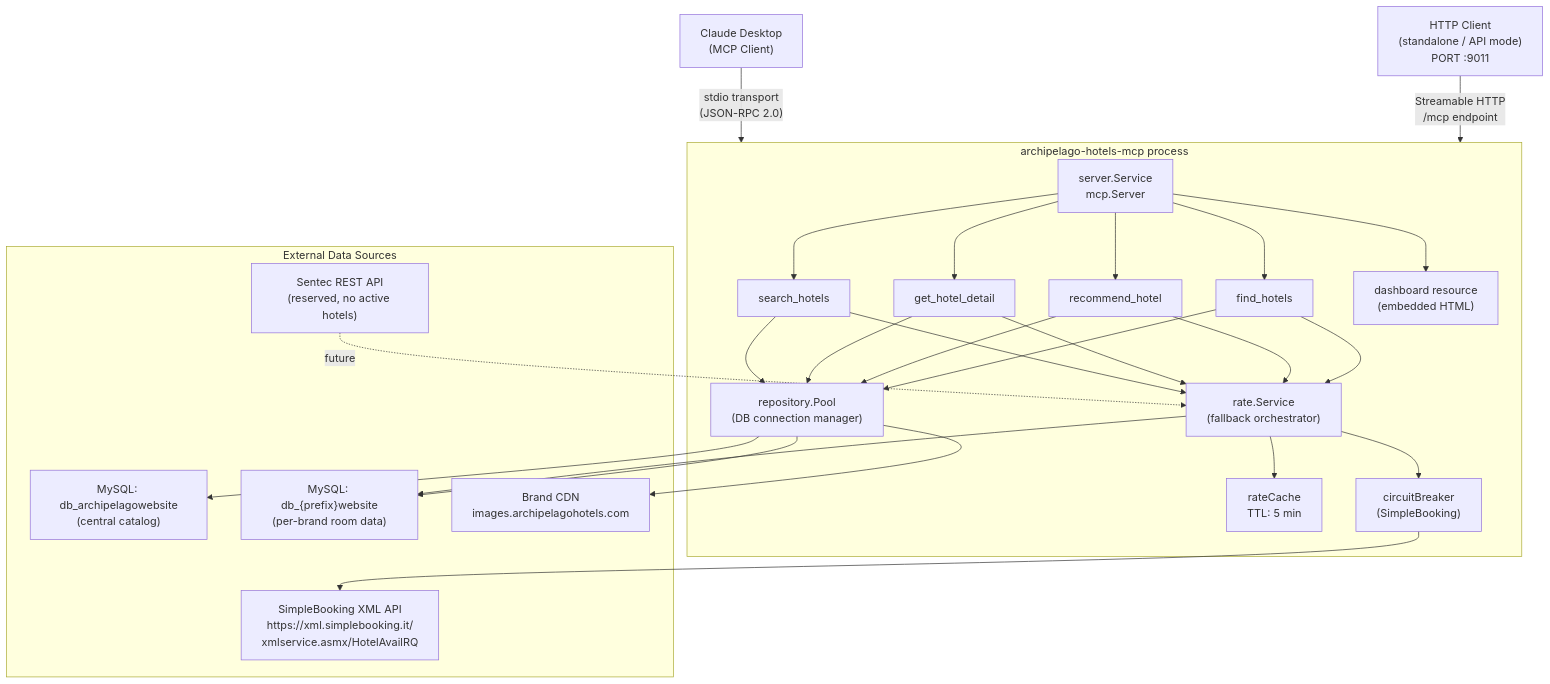
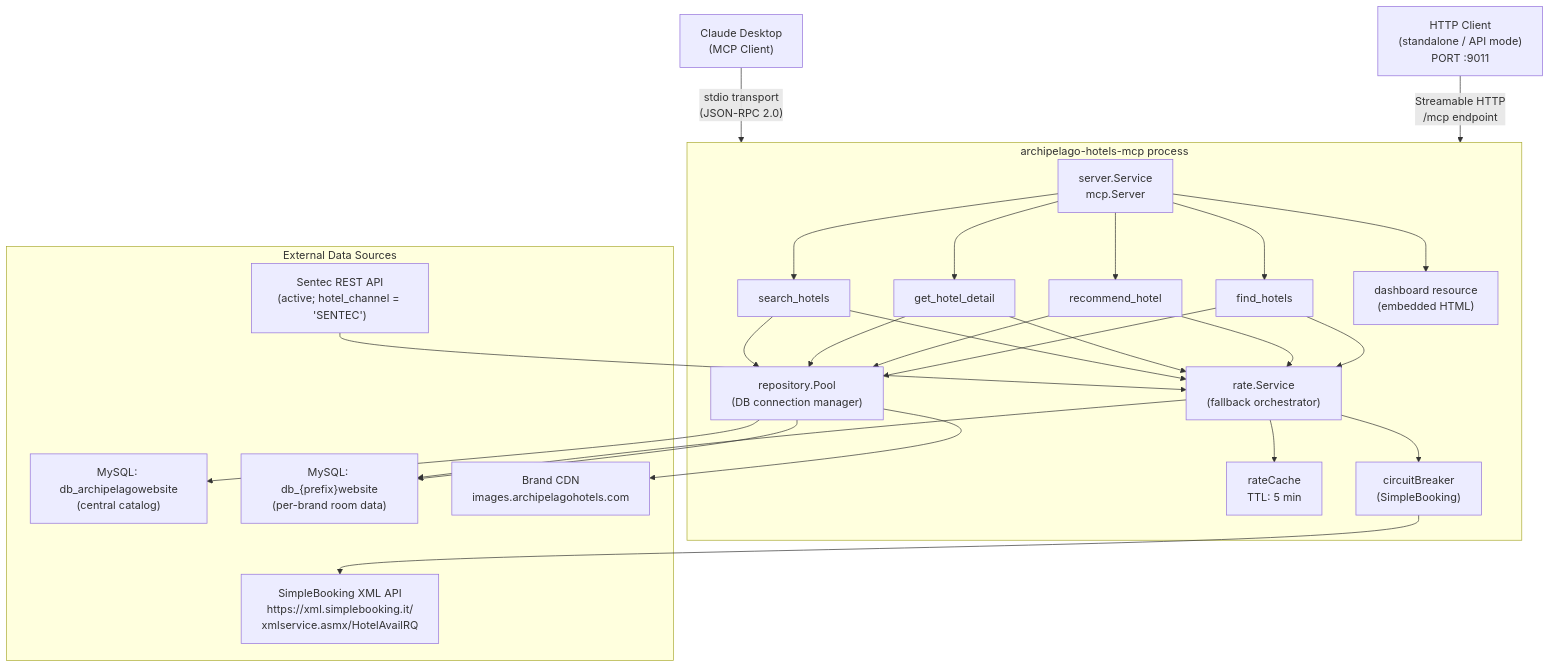
One commit to mochammadshenna/go-adk-q changed the second of 3 diagrams in archipelago-hotels-mcp/SYSTEM.md. Above: the diagram before and after it, drawn with Mermaid. The commit also changed other lines of this file and 10 other files, not shown here.

````diff
--- a/archipelago-hotels-mcp/SYSTEM.md
+++ b/archipelago-hotels-mcp/SYSTEM.md
@@ -74,37 +74,37 @@
 ```mermaid
 flowchart TD
     CD["Claude Desktop\n(MCP Client)"] -- "stdio transport\n(JSON-RPC 2.0)" --> MCP
 
     subgraph MCP ["archipelago-hotels-mcp process"]
         SRV["server.Service\nmcp.Server"]
         T1["search_hotels"]
         T2["get_hotel_detail"]
         T3["recommend_hotel"]
         T4["find_hotels"]
         RES["dashboard resource\n(embedded HTML)"]
         RATE["rate.Service\n(fallback orchestrator)"]
         REPO["repository.Pool\n(DB connection manager)"]
         CACHE["rateCache\nTTL: 5 min"]
         CB["circuitBreaker\n(SimpleBooking)"]
     end
 
     subgraph Data ["External Data Sources"]
         CENTRAL["MySQL: db_archipelagowebsite\n(central catalog)"]
         BRAND["MySQL: db_{prefix}website\n(per-brand room data)"]
         SB["SimpleBooking XML API\nhttps://xml.simplebooking.it/\nxmlservice.asmx/HotelAvailRQ"]
-        SENTEC["Sentec REST API\n(reserved, no active hotels)"]
+        SENTEC["Sentec REST API\n(active; hotel_channel = 'SENTEC')"]
         CDN["Brand CDN\nimages.archipelagohotels.com"]
     end
 
     HTTP["HTTP Client\n(standalone / API mode)\nPORT :9011"] -- "Streamable HTTP\n/mcp endpoint" --> MCP
 
     SRV --> T1 & T2 & T3 & T4 & RES
     T1 & T2 & T3 & T4 --> RATE & REPO
     RATE --> CACHE
     RATE --> CB --> SB
     RATE --> BRAND
     REPO --> CENTRAL
     REPO --> BRAND
     REPO --> CDN
-    SENTEC -. "future" .-> RATE
+    SENTEC --> RATE
 ```
````
